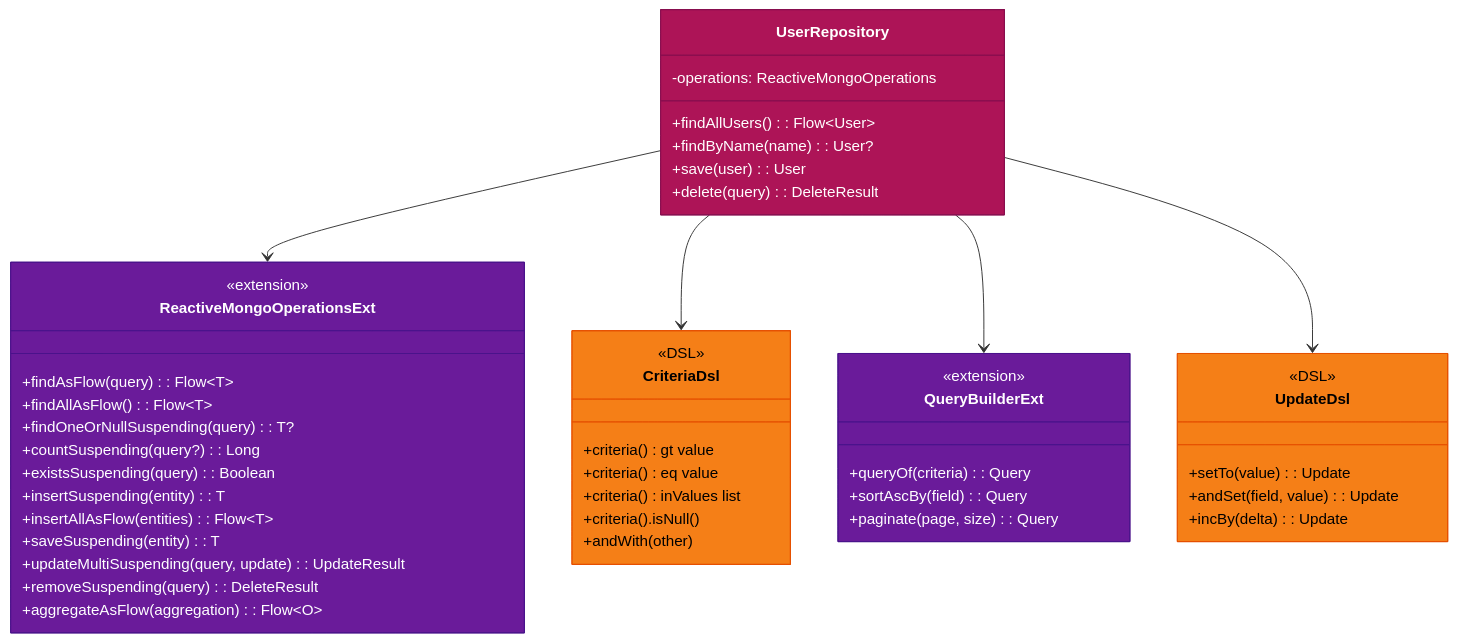
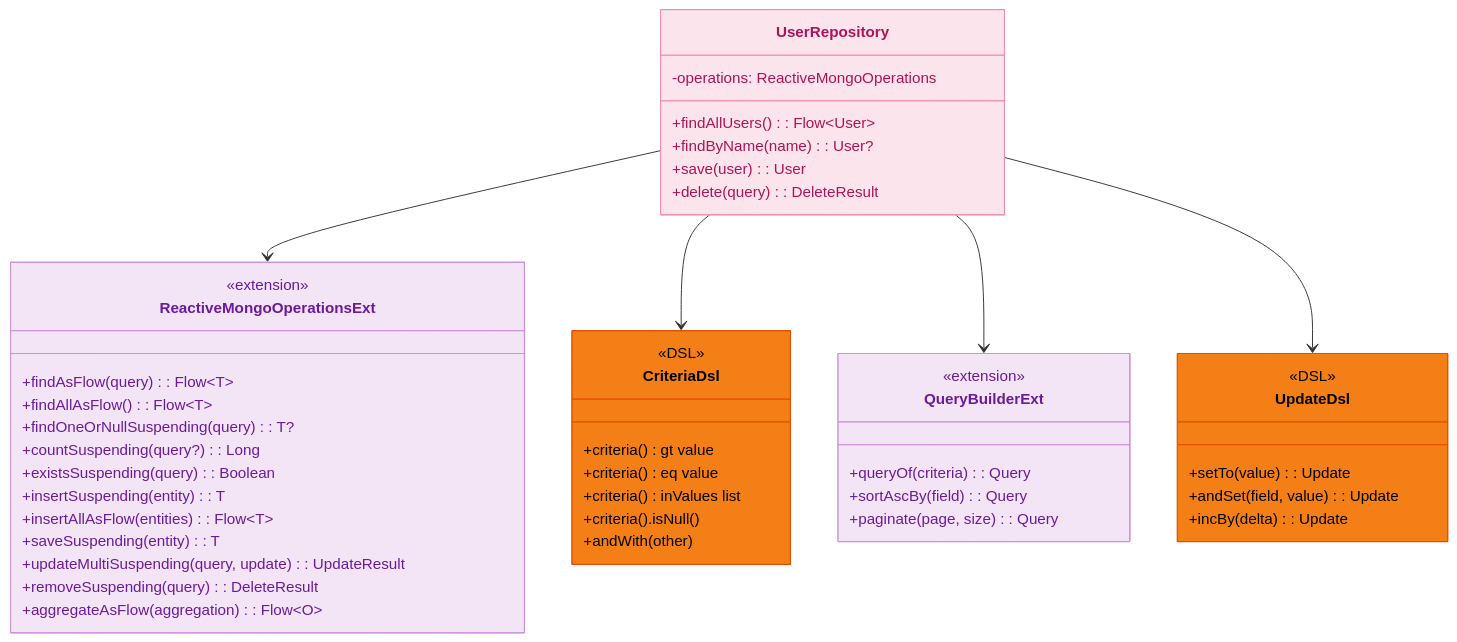
The first of 4 diagrams in spring-boot4/mongodb/README.ko.md (bluetape4k/bluetape4k-projects), drawn with Mermaid before and after one commit. The commit also changed other lines of this file and 219 other files, not shown here.

First line of the commit message:
docs: 전체 README Mermaid 다이어그램 가이드 적용

````diff
--- a/spring-boot4/mongodb/README.ko.md
+++ b/spring-boot4/mongodb/README.ko.md
@@ -110,55 +110,55 @@
 ```mermaid
 classDiagram
     class ReactiveMongoOperationsExt {
         <<extension>>
         +findAsFlow(query): Flow~T~
         +findAllAsFlow(): Flow~T~
         +findOneOrNullSuspending(query): T?
         +countSuspending(query?): Long
         +existsSuspending(query): Boolean
         +insertSuspending(entity): T
         +insertAllAsFlow(entities): Flow~T~
         +saveSuspending(entity): T
         +updateMultiSuspending(query, update): UpdateResult
         +removeSuspending(query): DeleteResult
         +aggregateAsFlow(aggregation): Flow~O~
     }
     class CriteriaDsl {
         <<DSL>>
         +criteria() gt value
         +criteria() eq value
         +criteria() inValues list
         +criteria().isNull()
         +andWith(other)
     }
     class QueryBuilderExt {
         <<extension>>
         +queryOf(criteria): Query
         +sortAscBy(field): Query
         +paginate(page, size): Query
     }
     class UpdateDsl {
         <<DSL>>
         +setTo(value): Update
         +andSet(field, value): Update
         +incBy(delta): Update
     }
     class UserRepository {
         -operations: ReactiveMongoOperations
         +findAllUsers(): Flow~User~
         +findByName(name): User?
         +save(user): User
         +delete(query): DeleteResult
     }
 
     UserRepository --> ReactiveMongoOperationsExt
     UserRepository --> CriteriaDsl
     UserRepository --> QueryBuilderExt
     UserRepository --> UpdateDsl
 
-    style ReactiveMongoOperationsExt fill:#6A1B9A,stroke:#4A148C,color:#FFFFFF
-    style QueryBuilderExt fill:#6A1B9A,stroke:#4A148C,color:#FFFFFF
+    style ReactiveMongoOperationsExt fill:#F3E5F5,stroke:#CE93D8,color:#6A1B9A
+    style QueryBuilderExt fill:#F3E5F5,stroke:#CE93D8,color:#6A1B9A
     style CriteriaDsl fill:#F57F17,stroke:#E65100,color:#000000
     style UpdateDsl fill:#F57F17,stroke:#E65100,color:#000000
-    style UserRepository fill:#AD1457,stroke:#880E4F,color:#FFFFFF
+    style UserRepository fill:#FCE4EC,stroke:#F48FB1,color:#AD1457
 ```
````
